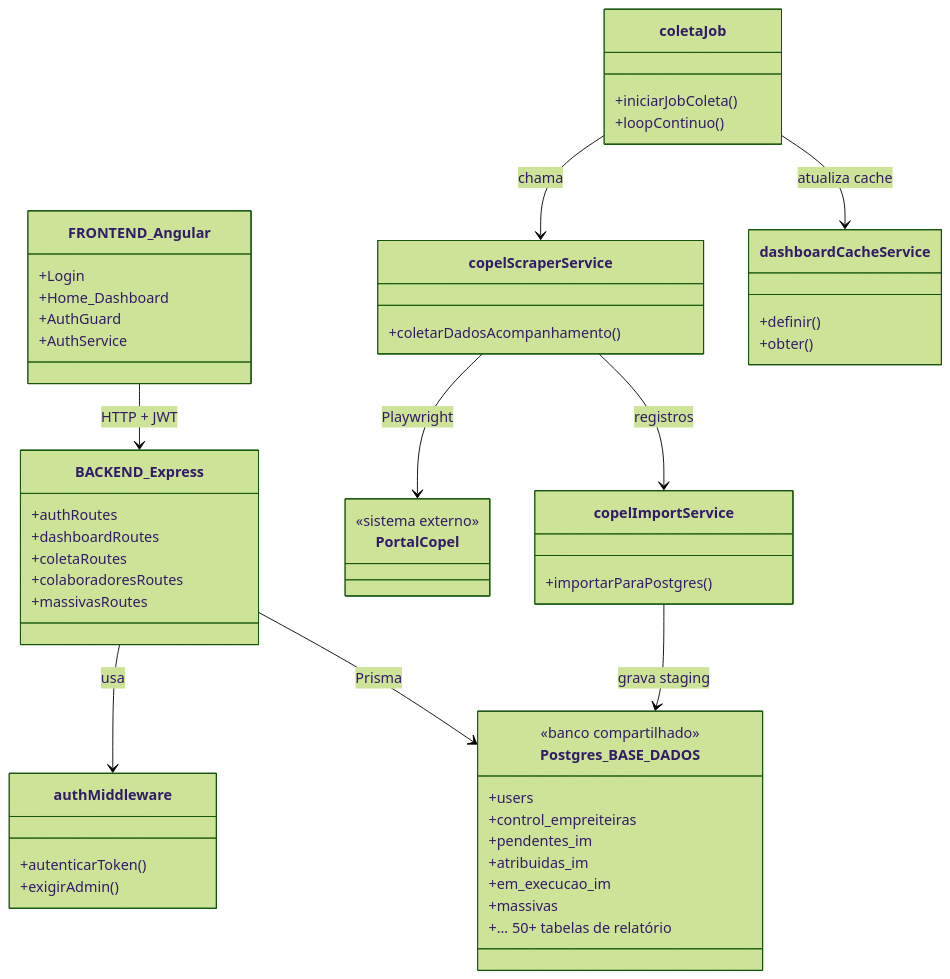
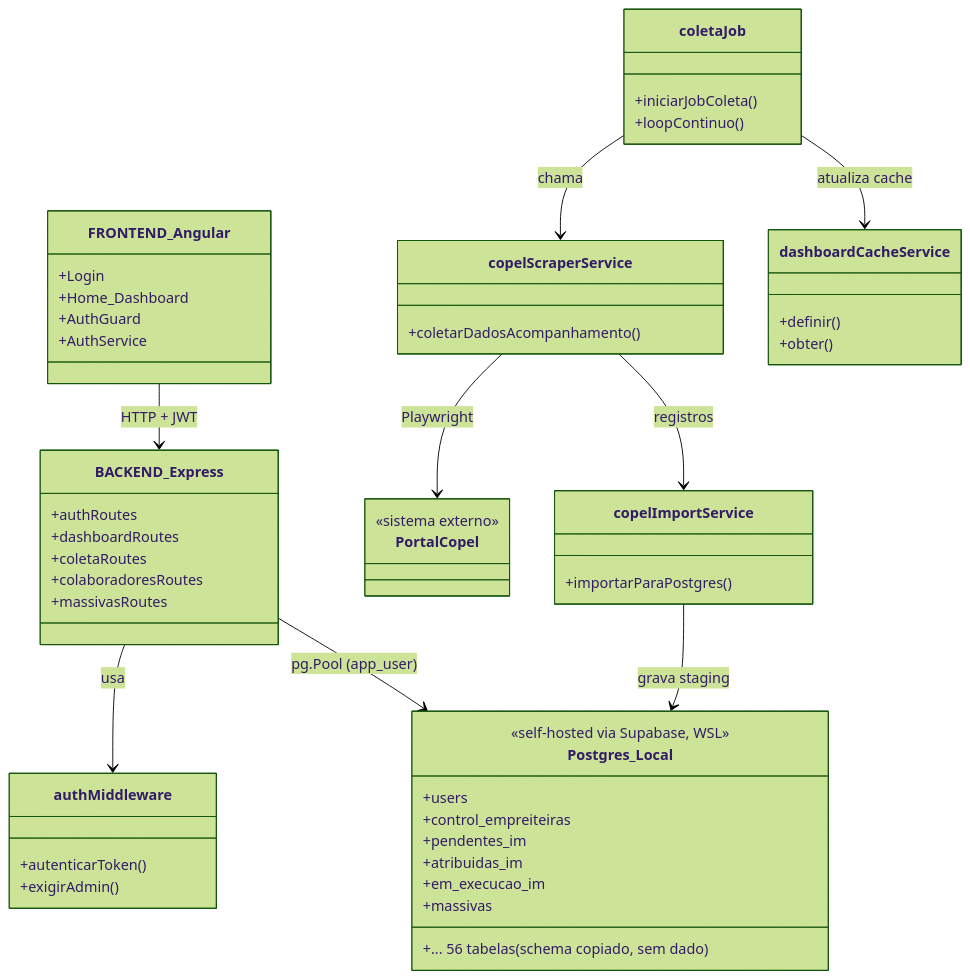
The first of 2 diagrams in docs/ARQUITETURA.md (codexatechinfo/eye_of_god), drawn with Mermaid (forest theme) before and after one commit. The commit also changed other lines of this file and 23 other files, not shown here.

First line of the commit message:
refactor(backend): remove Prisma, conecta direto no Postgres local via pg

````diff
--- a/docs/ARQUITETURA.md
+++ b/docs/ARQUITETURA.md
@@ -8,56 +11,56 @@
 ```mermaid
 classDiagram
   class FRONTEND_Angular {
     +Login
     +Home_Dashboard
     +AuthGuard
     +AuthService
   }
   class BACKEND_Express {
     +authRoutes
     +dashboardRoutes
     +coletaRoutes
     +colaboradoresRoutes
     +massivasRoutes
   }
   class authMiddleware {
     +autenticarToken()
     +exigirAdmin()
   }
   class coletaJob {
     +iniciarJobColeta()
     +loopContinuo()
   }
   class copelScraperService {
     +coletarDadosAcompanhamento()
   }
   class copelImportService {
     +importarParaPostgres()
   }
   class dashboardCacheService {
     +definir()
     +obter()
   }
   class PortalCopel {
     <<sistema externo>>
   }
-  class Postgres_BASE_DADOS {
-    <<banco compartilhado>>
+  class Postgres_Local {
+    <<self-hosted via Supabase, WSL>>
     +users
     +control_empreiteiras
     +pendentes_im
     +atribuidas_im
     +em_execucao_im
     +massivas
-    +... 50+ tabelas de relatório
+    +... 56 tabelas (schema copiado, sem dado)
   }
 
   FRONTEND_Angular --> BACKEND_Express : HTTP + JWT
   BACKEND_Express --> authMiddleware : usa
-  BACKEND_Express --> Postgres_BASE_DADOS : Prisma
+  BACKEND_Express --> Postgres_Local : pg.Pool (app_user)
   coletaJob --> copelScraperService : chama
   copelScraperService --> PortalCopel : Playwright
   copelScraperService --> copelImportService : registros
-  copelImportService --> Postgres_BASE_DADOS : grava staging
+  copelImportService --> Postgres_Local : grava staging
   coletaJob --> dashboardCacheService : atualiza cache
 ```
````
